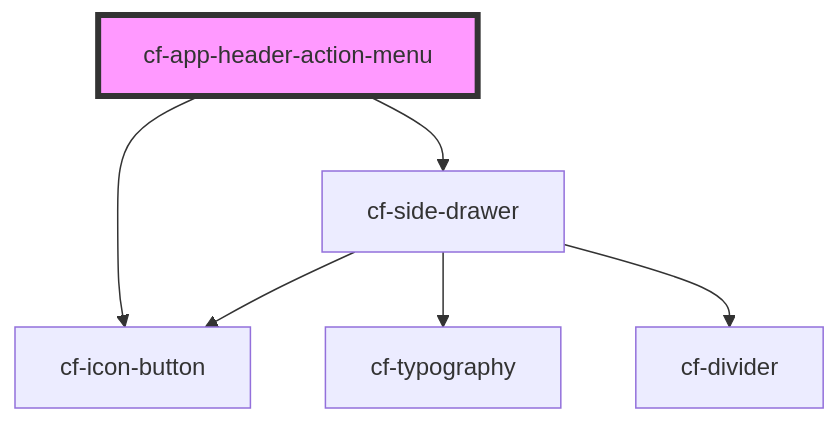
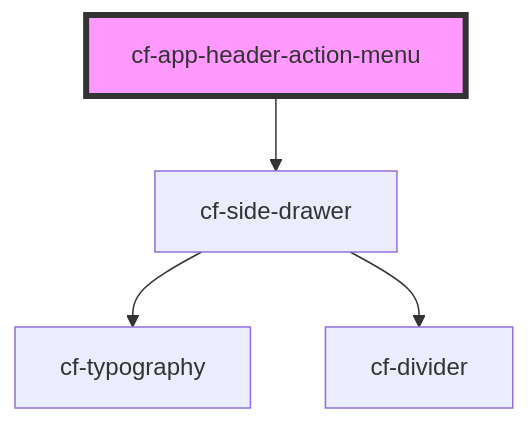
The diagram in src/components/cf-app-header/cf-app-header-action-menu/readme.md (DriLLFreAK100/codefee-component), drawn with Mermaid before and after one commit. The commit also changed other lines of this file and 9 other files, not shown here.

Commit message:
feat(app-header): decouple from icon-button

````diff
--- a/src/components/cf-app-header/cf-app-header-action-menu/readme.md
+++ b/src/components/cf-app-header/cf-app-header-action-menu/readme.md
@@ -24,9 +23,7 @@
 ```mermaid
 graph TD;
-  cf-app-header-action-menu --> cf-icon-button
   cf-app-header-action-menu --> cf-side-drawer
   cf-side-drawer --> cf-typography
-  cf-side-drawer --> cf-icon-button
   cf-side-drawer --> cf-divider
   style cf-app-header-action-menu fill:#f9f,stroke:#333,stroke-width:4px
 ```
````
